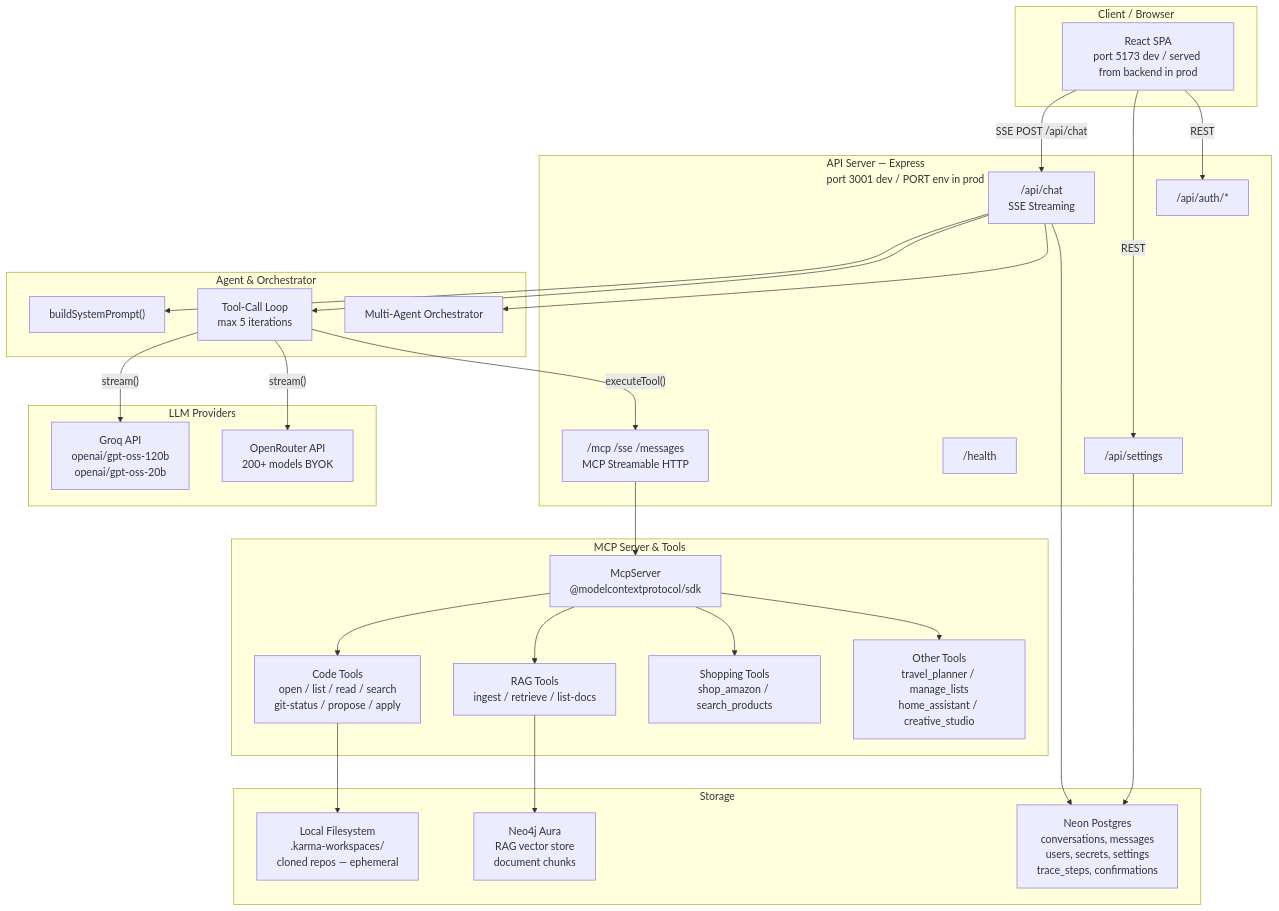
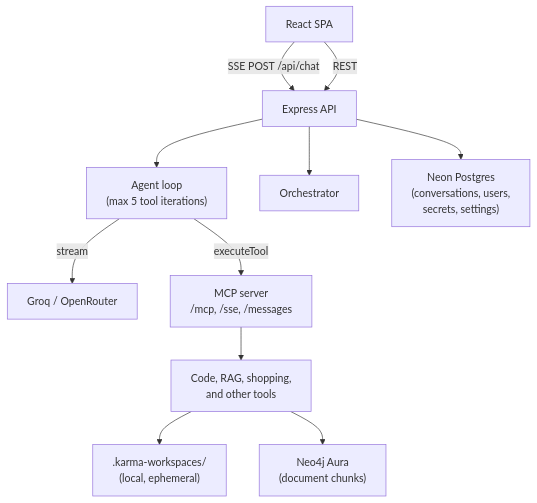
One commit to shivam7-gif/Karma changed the first of 2 diagrams in README.md. Above: the diagram before and after it, drawn with Mermaid. The commit also changed other lines of this file, not shown here.

````diff
--- a/README.md
+++ b/README.md
@@ -122,58 +107,13 @@
 ```mermaid
 flowchart TD
-    subgraph Client ["Client / Browser"]
-        UI["React SPA\nport 5173 dev / served from backend in prod"]
-    end
-
-    subgraph API ["API Server — Express\nport 3001 dev / PORT env in prod"]
-        Chat["/api/chat\nSSE Streaming"]
-        Settings["/api/settings"]
-        Auth["/api/auth/*"]
-        Health["/health"]
-        MCP_Routes["/mcp /sse /messages\nMCP Streamable HTTP"]
-    end
-
-    subgraph Agent ["Agent & Orchestrator"]
-        Prompt["buildSystemPrompt()"]
-        Loop["Tool-Call Loop\nmax 5 iterations"]
-        Orchestrator["Multi-Agent Orchestrator"]
-    end
-
-    subgraph LLM ["LLM Providers"]
-        Groq["Groq API\nopenai/gpt-oss-120b\nopenai/gpt-oss-20b"]
-        OpenRouter["OpenRouter API\n200+ models BYOK"]
-    end
-
-    subgraph MCP ["MCP Server & Tools"]
-        McpServer["McpServer\n@modelcontextprotocol/sdk"]
-        CodeTools["Code Tools\nopen / list / read / search\ngit-status / propose / apply"]
-        RAGTools["RAG Tools\ningest / retrieve / list-docs"]
-        ShopTools["Shopping Tools\nshop_amazon / search_products"]
-        OtherTools["Other Tools\ntravel_planner / manage_lists\nhome_assistant / creative_studio"]
-    end
-
-    subgraph Storage ["Storage"]
-        Neon["Neon Postgres\nconversations, messages\nusers, secrets, settings\ntrace_steps, confirmations"]
-        Neo4j["Neo4j Aura\nRAG vector store\ndocument chunks"]
-        Workspace["Local Filesystem\n.karma-workspaces/\ncloned repos — ephemeral"]
-    end
-
-    UI -->|"SSE POST /api/chat"| Chat
-    UI -->|"REST"| Settings
-    UI -->|"REST"| Auth
-    Chat --> Prompt
-    Chat --> Loop
-    Chat --> Orchestrator
-    Loop -->|"stream()"| Groq
-    Loop -->|"stream()"| OpenRouter
-    Loop -->|"executeTool()"| MCP_Routes
-    MCP_Routes --> McpServer
-    McpServer --> CodeTools
-    McpServer --> RAGTools
-    McpServer --> ShopTools
-    McpServer --> OtherTools
-    CodeTools --> Workspace
-    RAGTools --> Neo4j
-    Chat --> Neon
-    Settings --> Neon
+    UI["React SPA"] -->|"SSE POST /api/chat"| API["Express API"]
+    UI -->|REST| API
+    API --> Loop["Agent loop<br/>(max 5 tool iterations)"]
+    API --> Orch["Orchestrator"]
+    Loop -->|stream| LLM["Groq / OpenRouter"]
+    Loop -->|executeTool| MCP["MCP server<br/>/mcp, /sse, /messages"]
+    MCP --> Tools["Code, RAG, shopping,<br/>and other tools"]
+    Tools --> WS[".karma-workspaces/<br/>(local, ephemeral)"]
+    Tools --> Neo4j["Neo4j Aura<br/>(document chunks)"]
+    API --> Neon["Neon Postgres<br/>(conversations, users,<br/>secrets, settings)"]
 ```
````
